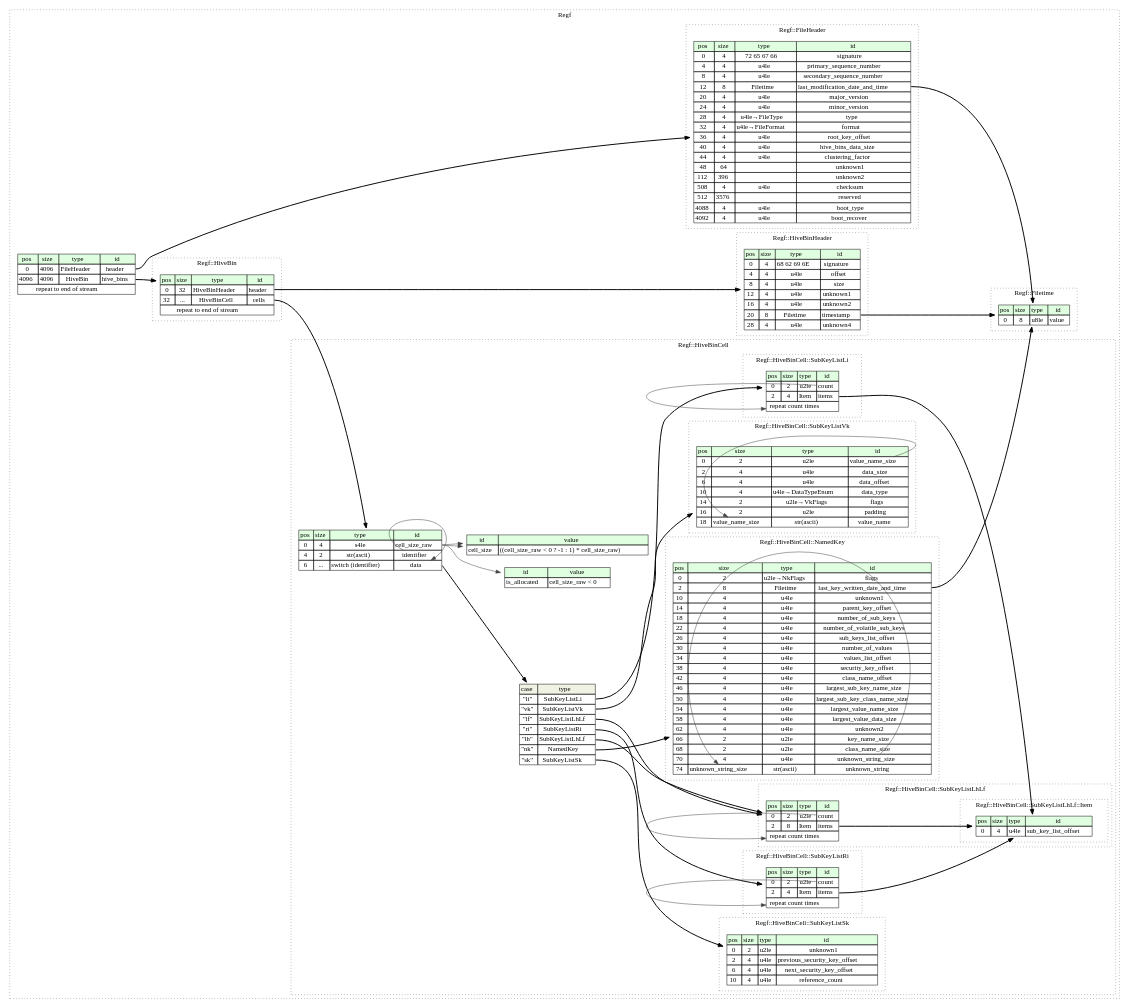
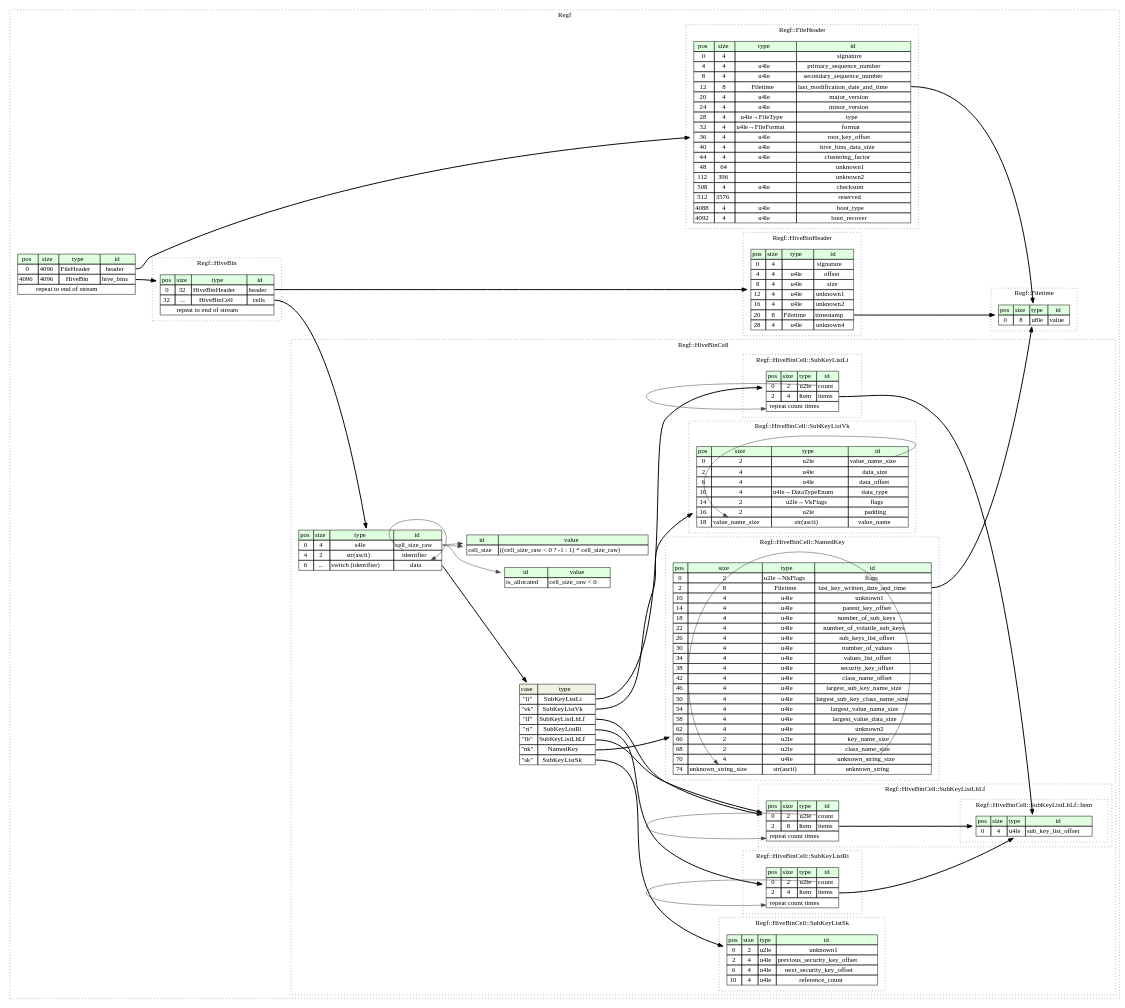
Before and after one commit to kaitai-io/formats-kaitai-io.github.io: the diagram in regf/src/graphviz/regf.dot, drawn with Graphviz. The commit also changed 3155 other files, not shown here.

```diff
--- a/regf/src/graphviz/regf.dot
+++ b/regf/src/graphviz/regf.dot
@@ -37,7 +37,7 @@
 
 			hive_bin_header__seq [label=<<TABLE BORDER="0" CELLBORDER="1" CELLSPACING="0">
 				<TR><TD BGCOLOR="#E0FFE0">pos</TD><TD BGCOLOR="#E0FFE0">size</TD><TD BGCOLOR="#E0FFE0">type</TD><TD BGCOLOR="#E0FFE0">id</TD></TR>
-				<TR><TD PORT="signature_pos">0</TD><TD PORT="signature_size">4</TD><TD>68 62 69 6E</TD><TD PORT="signature_type">signature</TD></TR>
+				<TR><TD PORT="signature_pos">0</TD><TD PORT="signature_size">4</TD><TD></TD><TD PORT="signature_type">signature</TD></TR>
 				<TR><TD PORT="offset_pos">4</TD><TD PORT="offset_size">4</TD><TD>u4le</TD><TD PORT="offset_type">offset</TD></TR>
 				<TR><TD PORT="size_pos">8</TD><TD PORT="size_size">4</TD><TD>u4le</TD><TD PORT="size_type">size</TD></TR>
 				<TR><TD PORT="unknown1_pos">12</TD><TD PORT="unknown1_size">4</TD><TD>u4le</TD><TD PORT="unknown1_type">unknown1</TD></TR>
@@ -197,7 +197,7 @@
 
 			file_header__seq [label=<<TABLE BORDER="0" CELLBORDER="1" CELLSPACING="0">
 				<TR><TD BGCOLOR="#E0FFE0">pos</TD><TD BGCOLOR="#E0FFE0">size</TD><TD BGCOLOR="#E0FFE0">type</TD><TD BGCOLOR="#E0FFE0">id</TD></TR>
-				<TR><TD PORT="signature_pos">0</TD><TD PORT="signature_size">4</TD><TD>72 65 67 66</TD><TD PORT="signature_type">signature</TD></TR>
+				<TR><TD PORT="signature_pos">0</TD><TD PORT="signature_size">4</TD><TD></TD><TD PORT="signature_type">signature</TD></TR>
 				<TR><TD PORT="primary_sequence_number_pos">4</TD><TD PORT="primary_sequence_number_size">4</TD><TD>u4le</TD><TD PORT="primary_sequence_number_type">primary_sequence_number</TD></TR>
 				<TR><TD PORT="secondary_sequence_number_pos">8</TD><TD PORT="secondary_sequence_number_size">4</TD><TD>u4le</TD><TD PORT="secondary_sequence_number_type">secondary_sequence_number</TD></TR>
 				<TR><TD PORT="last_modification_date_and_time_pos">12</TD><TD PORT="last_modification_date_and_time_size">8</TD><TD>Filetime</TD><TD PORT="last_modification_date_and_time_type">last_modification_date_and_time</TD></TR>
```
